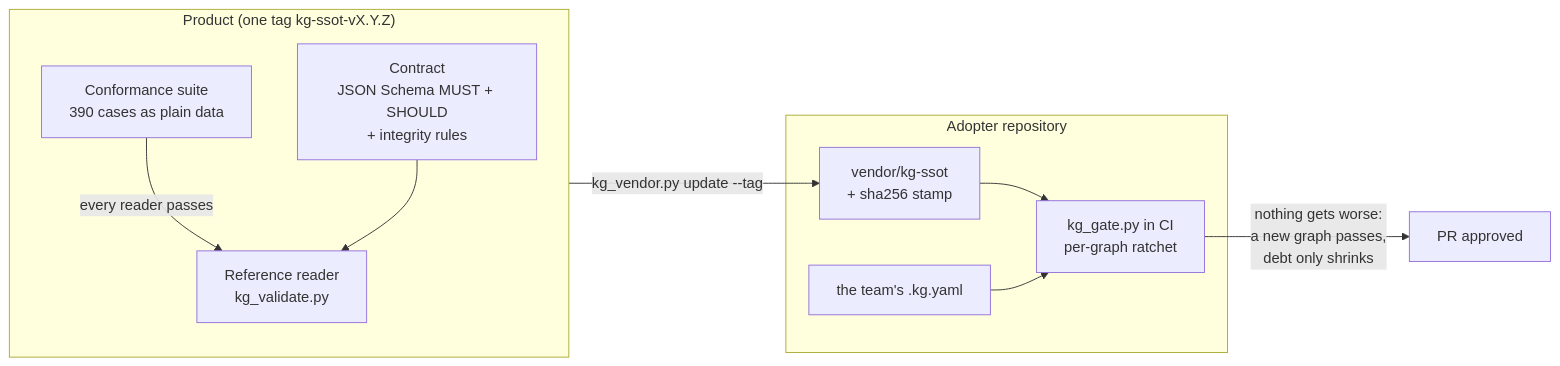
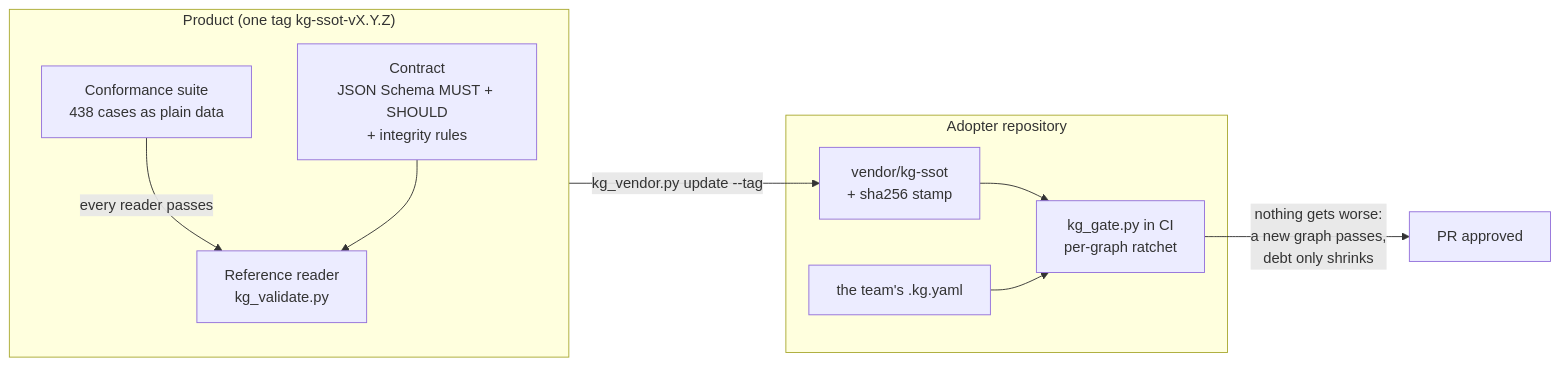
One commit to marciocar/kg-ssot changed the diagram in README.md. Above: the diagram before and after it, drawn with Mermaid. The commit also changed other lines of this file and 89 other files, not shown here.

````diff
--- a/README.md
+++ b/README.md
@@ -124,19 +124,19 @@
 ```mermaid
 flowchart LR
   subgraph product["Product (one tag kg-ssot-vX.Y.Z)"]
     C["Contract<br/>JSON Schema MUST + SHOULD<br/>+ integrity rules"]
-    S["Conformance suite<br/>390 cases as plain data"]
+    S["Conformance suite<br/>438 cases as plain data"]
     R["Reference reader<br/>kg_validate.py"]
     S -- "every reader passes" --> R
     C --> R
   end
   subgraph adopter["Adopter repository"]
     V["vendor/kg-ssot<br/>+ sha256 stamp"]
     G["kg_gate.py in CI<br/>per-graph ratchet"]
     K["the team's .kg.yaml"]
     V --> G
     K --> G
   end
   product -- "kg_vendor.py update --tag" --> V
   G -- "nothing gets worse:<br/>a new graph passes,<br/>debt only shrinks" --> PR["PR approved"]
 ```
````
